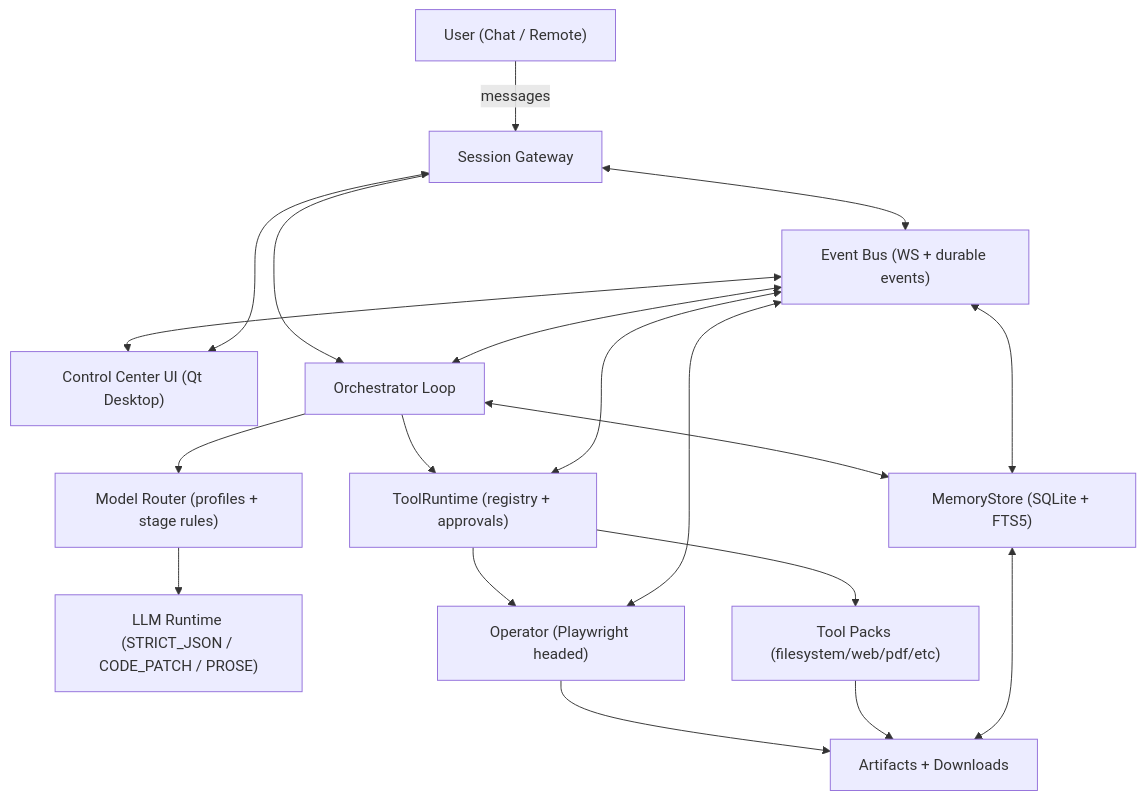
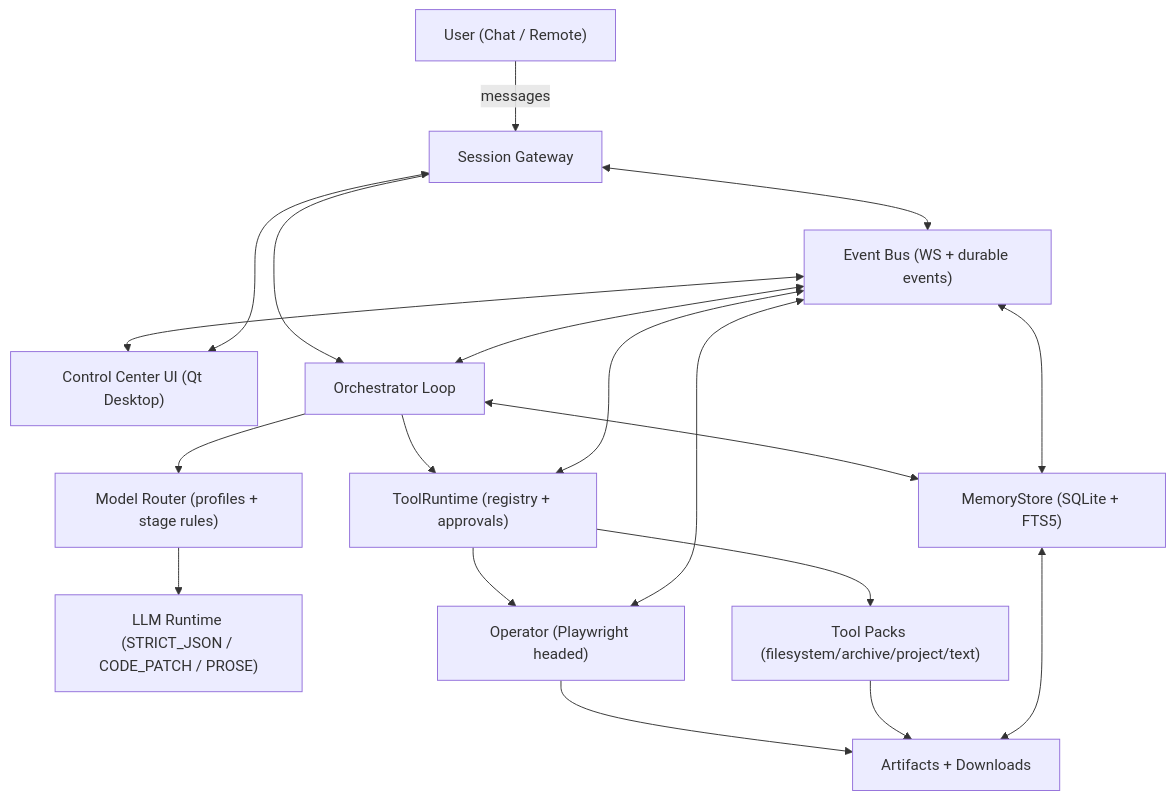
The first of 4 diagrams in README.md (Janonymous0125/StarkAssistant), drawn with Mermaid before and after one commit. The commit also changed other lines of this file, not shown here.

````diff
--- a/README.md
+++ b/README.md
@@ -78,23 +84,23 @@
 ```mermaid
 flowchart TD
   User["User (Chat / Remote)"] -->|messages| GW[Session Gateway]
   UI["Control Center UI (Qt Desktop)"] <--> GW
   GW <--> EB["Event Bus (WS + durable events)"]
 
   GW --> ORCH[Orchestrator Loop]
   ORCH <--> MEM["MemoryStore (SQLite + FTS5)"]
   ORCH --> ROUTER["Model Router (profiles + stage rules)"]
   ROUTER --> LLMRT["LLM Runtime (STRICT_JSON / CODE_PATCH / PROSE)"]
   ORCH --> TR["ToolRuntime (registry + approvals)"]
   TR --> OPS["Operator (Playwright headed)"]
-  TR --> TP["Tool Packs (filesystem/web/pdf/etc)"]
+  TR --> TP["Tool Packs (filesystem/archive/project/text)"]
   OPS --> ART[Artifacts + Downloads]
   TP --> ART
   MEM <--> ART
 
   EB <--> ORCH
   EB <--> MEM
   EB <--> TR
   EB <--> OPS
   EB <--> UI
 ```
````
